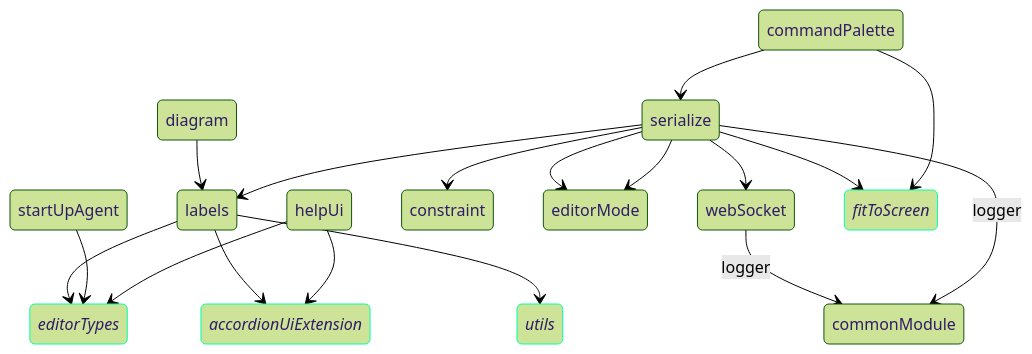
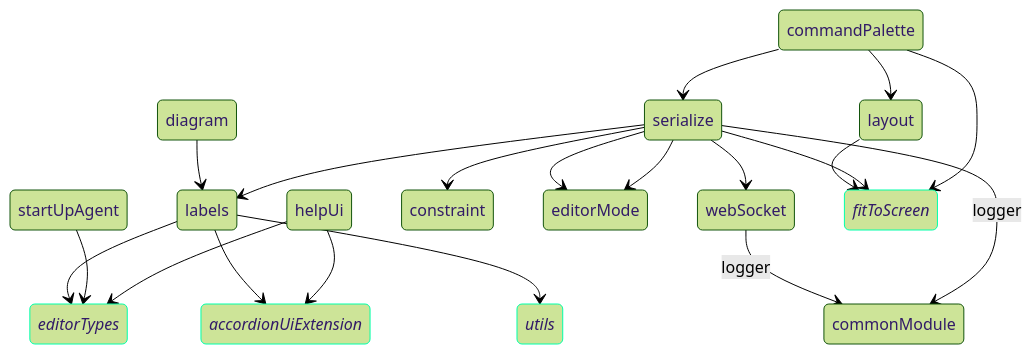
Before and after one commit to DataFlowAnalysis/OnlineEditor: the diagram in frontend/webEditor/dependencyGraph.md, drawn with Mermaid (forest theme). The commit also changed 7 other files, not shown here.

````diff
--- a/frontend/webEditor/dependencyGraph.md
+++ b/frontend/webEditor/dependencyGraph.md
@@ -1,41 +1,45 @@
 ```mermaid
 stateDiagram-v2
     
     helpUi --> accordionUiExtension
     helpUi --> editorTypes
     startUpAgent --> editorTypes
     labels --> utils
     labels --> editorTypes
     labels --> accordionUiExtension
 
     serialize --> labels
     serialize --> constraint
     serialize --> editorMode
     serialize --> commonModule: logger
 
     serialize --> editorMode
     
     diagram --> labels
 
     webSocket --> commonModule: logger
 
     commandPalette --> serialize
 
     serialize --> webSocket
 
     commandPalette --> fitToScreen
     serialize --> fitToScreen
 
+    layout --> fitToScreen
+    commandPalette --> layout
+
+%%    [*] --> layout
 %%    [*] --> commonModule
 %%    [*] --> labels
 %%    [*] --> serialize
 %%    [*] --> editorMode
 %%    [*] --> diagram
 %%    [*] --> webSocket
 %%    [*] --> helpUi
 %%    [*] --> startUpAgent
 %%    [*] --> commandPalette
 
     classDef diLess font-style:italic,stroke:#0fa
     class accordionUiExtension,editorTypes,utils,fitToScreen diLess
 ```
````
